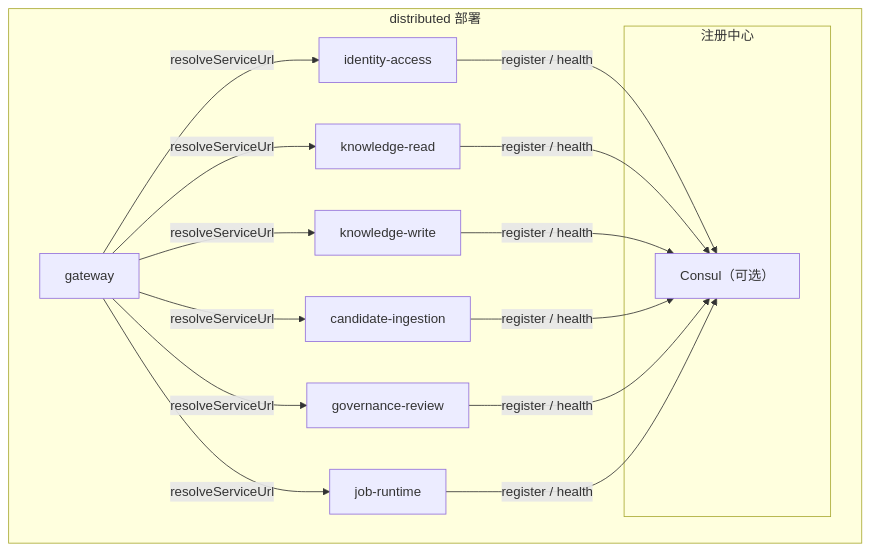
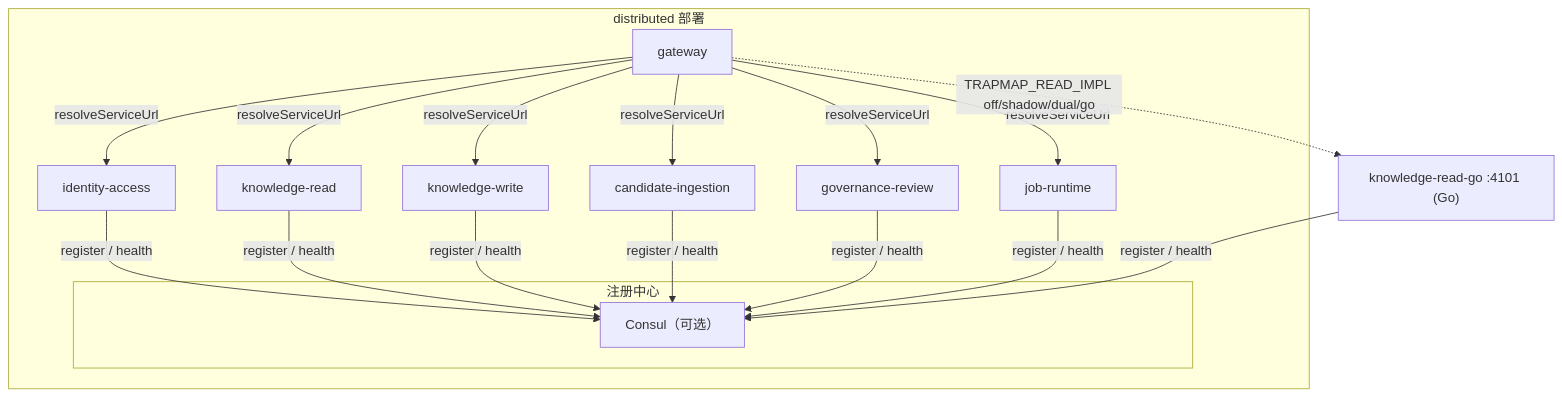
Before and after one commit to pofossette/TrapMap-for-vibing: the diagram in docs/architecture/SERVICE-DISCOVERY.md, drawn with Mermaid. The commit also changed other lines of this file and 10 other files, not shown here.

````diff
--- a/docs/architecture/SERVICE-DISCOVERY.md
+++ b/docs/architecture/SERVICE-DISCOVERY.md
@@ -28,30 +28,32 @@
 ```mermaid
 flowchart TB
     subgraph distributed 部署
         GW["gateway"]
         ID["identity-access"]
         KR["knowledge-read"]
         KW["knowledge-write"]
         CI["candidate-ingestion"]
         GR["governance-review"]
         JR["job-runtime"]
 
         subgraph 注册中心
             CONSUL["Consul（可选）"]
         end
     end
 
     GW -->|resolveServiceUrl| ID
     GW -->|resolveServiceUrl| KR
     GW -->|resolveServiceUrl| KW
     GW -->|resolveServiceUrl| CI
     GW -->|resolveServiceUrl| GR
     GW -->|resolveServiceUrl| JR
+    GW -.->|TRAPMAP_READ_IMPL off/shadow/dual/go| KRG["knowledge-read-go :4101 (Go)"]
 
     ID -->|register / health| CONSUL
     KR -->|register / health| CONSUL
     KW -->|register / health| CONSUL
     CI -->|register / health| CONSUL
     GR -->|register / health| CONSUL
     JR -->|register / health| CONSUL
+    KRG -->|register / health| CONSUL
 ```
````
